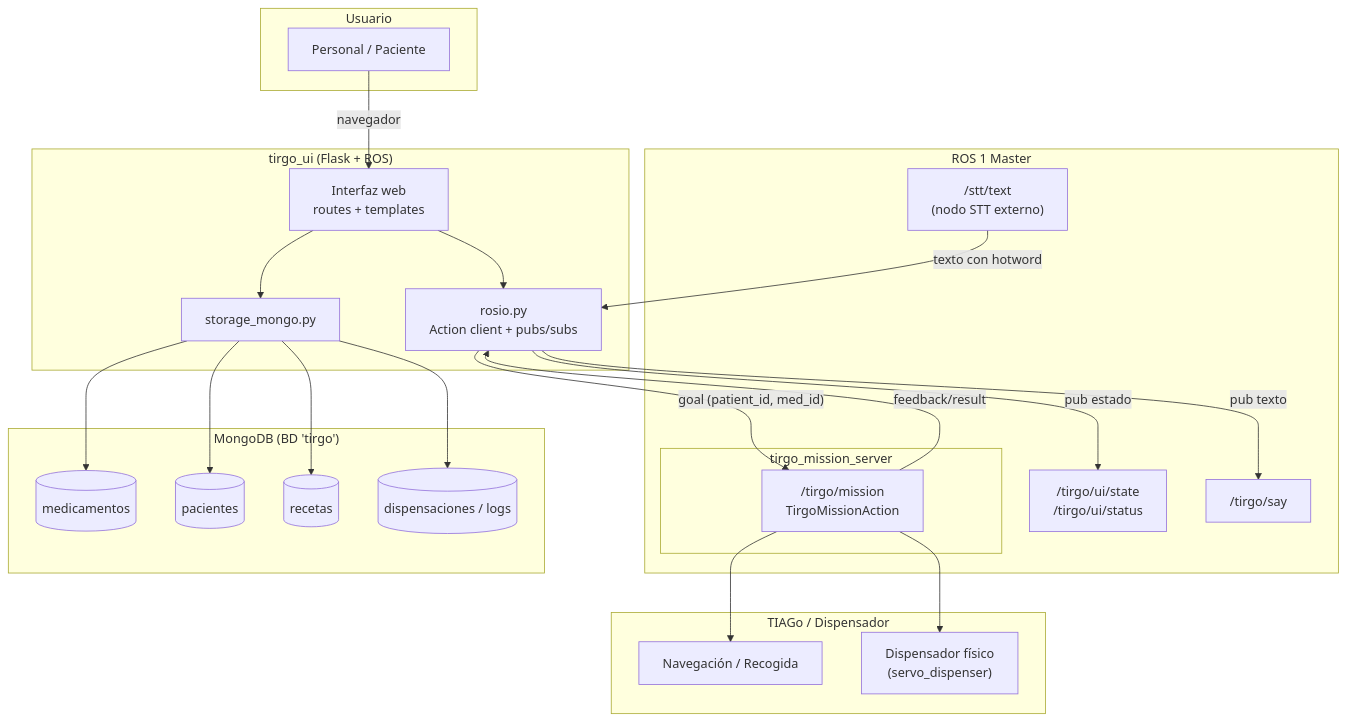
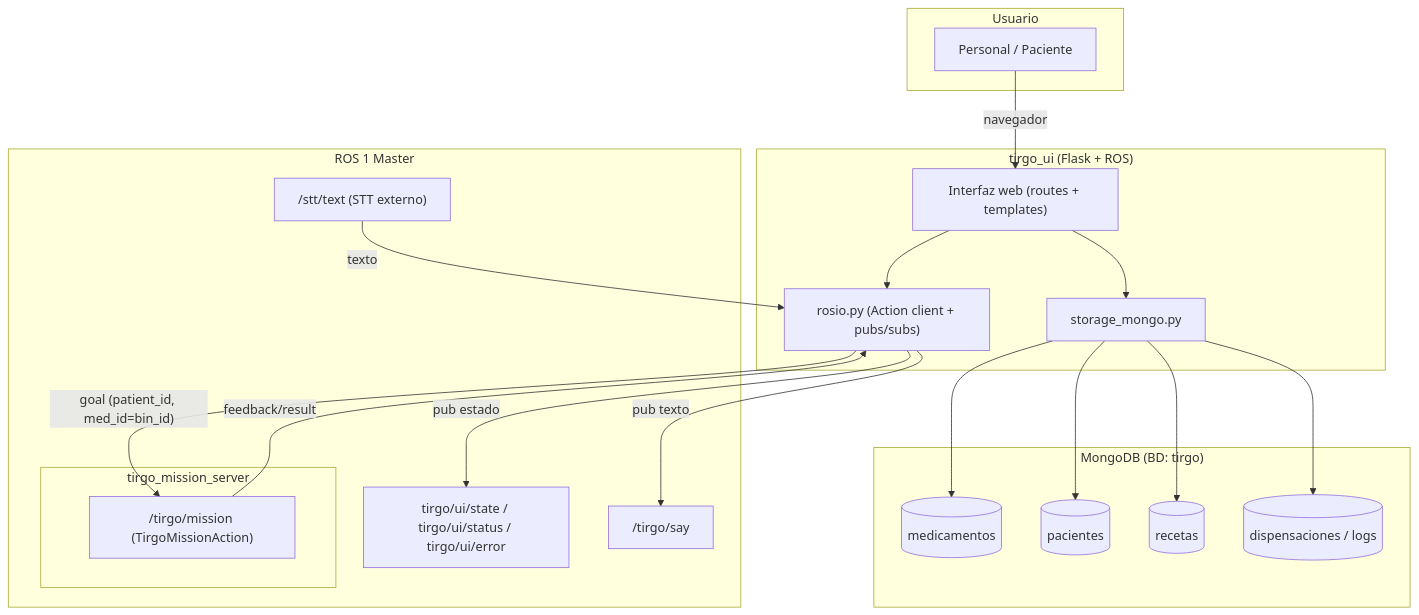
The diagram in carpeta_compartida/ros_ws/src/tirgo_ui/README.md (lucascampillode/TirGo), drawn with Mermaid before and after one commit. The commit also changed other lines of this file, not shown here.

````diff
--- a/carpeta_compartida/ros_ws/src/tirgo_ui/README.md
+++ b/carpeta_compartida/ros_ws/src/tirgo_ui/README.md
@@ -155,62 +224,49 @@
 ```mermaid
 flowchart TB
 
   subgraph Usuario["Usuario"]
     U["Personal / Paciente"]
   end
 
   subgraph Web["tirgo_ui (Flask + ROS)"]
-    UI["Interfaz web<br>routes + templates"]
-    ROSIO["rosio.py<br>Action client + pubs/subs"]
+    UI["Interfaz web (routes + templates)"]
+    ROSIO["rosio.py (Action client + pubs/subs)"]
     MONGOHELP["storage_mongo.py"]
   end
 
   subgraph ROS["ROS 1 Master"]
-    STT["/stt/text<br>(nodo STT externo)"]
+    STT["/stt/text (STT externo)"]
 
     subgraph MISSION["tirgo_mission_server"]
-      ACT["/tirgo/mission<br>TirgoMissionAction"]
+      ACT["/tirgo/mission (TirgoMissionAction)"]
     end
 
-    UISTATE["/tirgo/ui/state<br>/tirgo/ui/status"]
+    UISTATE["tirgo/ui/state / tirgo/ui/status / tirgo/ui/error"]
     SAY["/tirgo/say"]
   end
 
-  subgraph Robot["TIAGo / Dispensador"]
-    RBT["Navegación / Recogida"]
-    DSP["Dispensador físico<br>(servo_dispenser)"]
-  end
-
-  subgraph DB["MongoDB (BD 'tirgo')"]
+  subgraph DB["MongoDB (BD: tirgo)"]
     MEDS[("medicamentos")]
     PAC[("pacientes")]
     REC[("recetas")]
     LOGS[("dispensaciones / logs")]
   end
 
-  %% Flujo web
   U -- navegador --> UI
 
   UI --> ROSIO
   UI --> MONGOHELP
 
   MONGOHELP --> MEDS
   MONGOHELP --> PAC
   MONGOHELP --> REC
   MONGOHELP --> LOGS
 
-  %% Voz
-  STT -- texto con hotword --> ROSIO
+  STT -- texto --> ROSIO
 
-  %% Acción de misión
-  ROSIO -- goal (patient_id, med_id) --> ACT
+  ROSIO -- goal (patient_id, med_id=bin_id) --> ACT
   ACT -- feedback/result --> ROSIO
 
-  %% Estado UI / voz robot
   ROSIO -- pub estado --> UISTATE
   ROSIO -- pub texto --> SAY
-
-  %% Backend misión (resumen)
-  ACT --> RBT
-  ACT --> DSP
 ```
````
